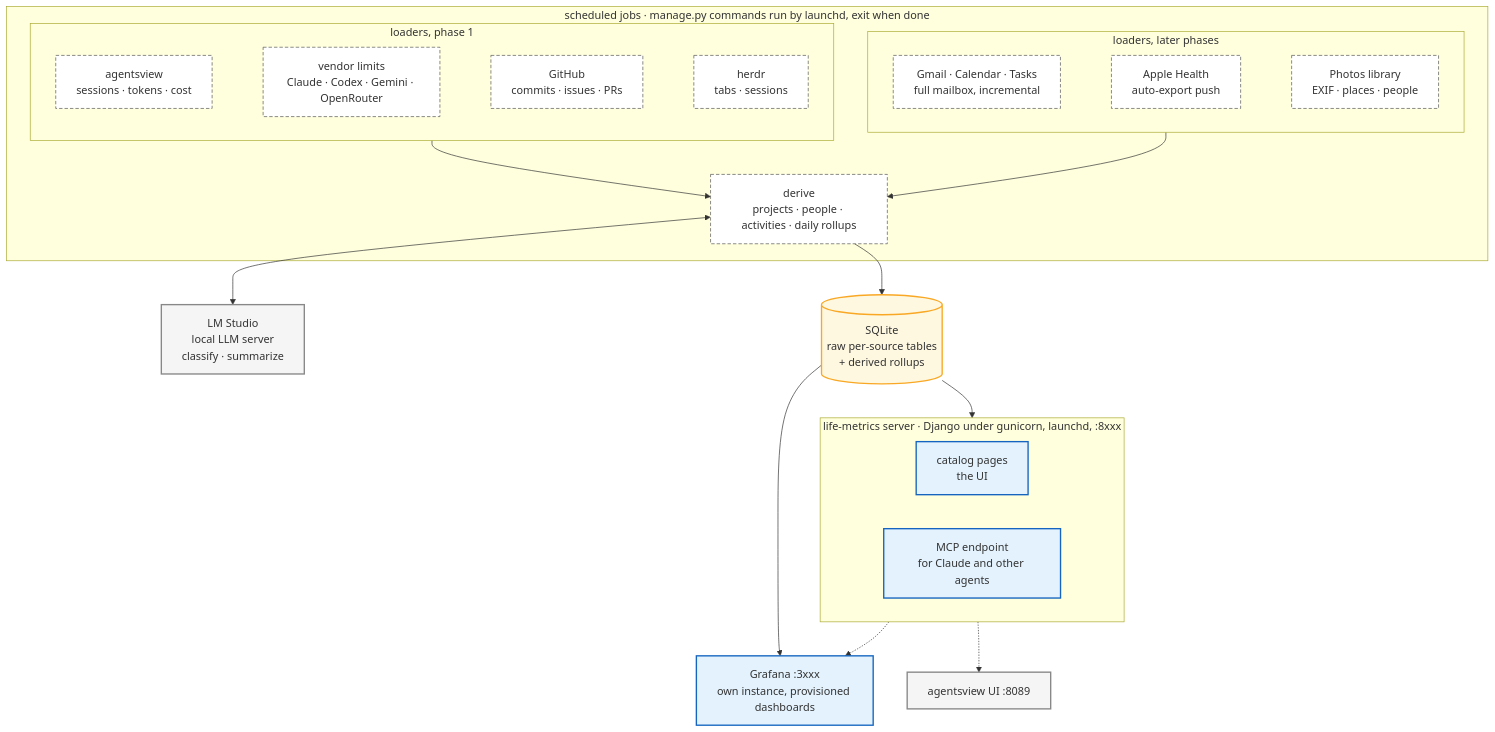
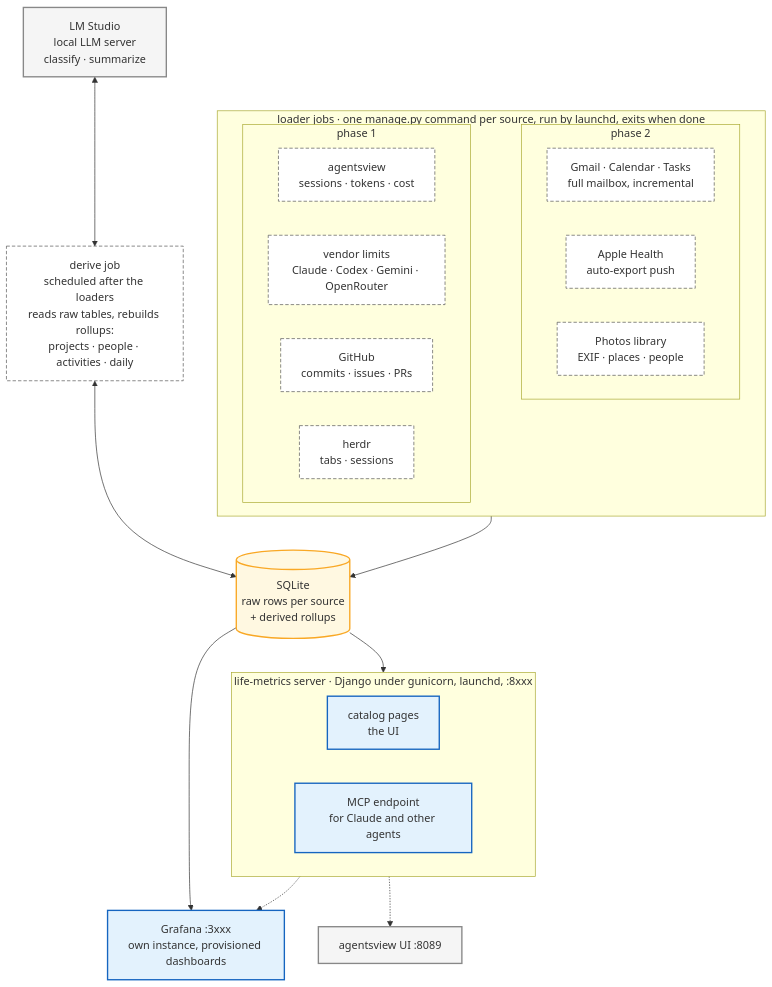
One commit to sefk/westmarch changed the diagram in docs/prd.md. Above: the diagram before and after it, drawn with Mermaid. The commit also changed other lines of this file, not shown here.

Commit message:
PRD: loaders in two phase rows, derive as its own job; split Tech and Projects tabs
Claude-Session: https://claude.ai/code/session_015QQk2n8JZNthfW4qbVSCJC

````diff
--- a/docs/prd.md
+++ b/docs/prd.md
@@ -49,40 +49,45 @@
 ```mermaid
 flowchart TB
   classDef job fill:#fff,stroke:#555,stroke-dasharray:5 3
   classDef server fill:#e3f2fd,stroke:#1565c0,stroke-width:2px
   classDef external fill:#f5f5f5,stroke:#888,stroke-width:2px
   classDef data fill:#fff8e1,stroke:#f9a825,stroke-width:2px
 
-  subgraph jobs["scheduled jobs · manage.py commands run by launchd, exit when done"]
-    subgraph p2["loaders, later phases"]
-      GM[Gmail · Calendar · Tasks<br/>full mailbox, incremental] ~~~ AH[Apple Health<br/>auto-export push] ~~~ PH[Photos library<br/>EXIF · places · people]
+  subgraph jobs["loader jobs · one manage.py command per source, run by launchd, exits when done"]
+    subgraph p1["phase 1"]
+      AV[agentsview<br/>sessions · tokens · cost]
+      LIM[vendor limits<br/>Claude · Codex · Gemini · OpenRouter]
+      GH[GitHub<br/>commits · issues · PRs]
+      HR[herdr<br/>tabs · sessions]
     end
-    subgraph p1["loaders, phase 1"]
-      AV[agentsview<br/>sessions · tokens · cost] ~~~ LIM[vendor limits<br/>Claude · Codex · Gemini · OpenRouter] ~~~ GH[GitHub<br/>commits · issues · PRs] ~~~ HR[herdr<br/>tabs · sessions]
+    subgraph p2["phase 2"]
+      GM[Gmail · Calendar · Tasks<br/>full mailbox, incremental]
+      AH[Apple Health<br/>auto-export push]
+      PH[Photos library<br/>EXIF · places · people]
     end
-    DERIVE[derive<br/>projects · people · activities · daily rollups]
-    p1 --> DERIVE
-    p2 --> DERIVE
+    AV ~~~ GM
   end
-  class AV,LIM,GH,HR,GM,AH,PH,DERIVE job
+  class AV,LIM,GH,HR,GM,AH,PH job
+
+  DB[(SQLite<br/>raw rows per source<br/>+ derived rollups)]:::data
+  jobs --> DB
 
   LLM[LM Studio<br/>local LLM server<br/>classify · summarize]:::external
-  DERIVE <--> LLM
-
-  DB[(SQLite<br/>raw per-source tables<br/>+ derived rollups)]:::data
-  DERIVE --> DB
+  DERIVE[derive job<br/>scheduled after the loaders<br/>reads raw tables, rebuilds rollups:<br/>projects · people · activities · daily]:::job
+  LLM <--> DERIVE
+  DERIVE <--> DB
 
   subgraph web["life-metrics server · Django under gunicorn, launchd, :8xxx"]
     direction LR
     CAT[catalog pages<br/>the UI]
     MCP[MCP endpoint<br/>for Claude and other agents]
   end
   class CAT,MCP server
   DB --> web
 
   GRAF[Grafana :3xxx<br/>own instance, provisioned dashboards]:::server
   AVUI[agentsview UI :8089]:::external
   DB --> GRAF
   web -.-> GRAF
   web -.-> AVUI
 ```
````
